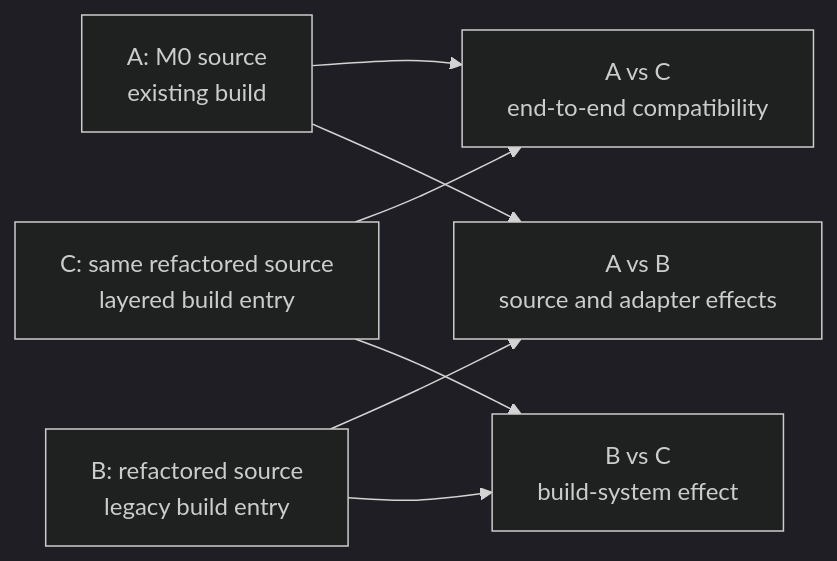
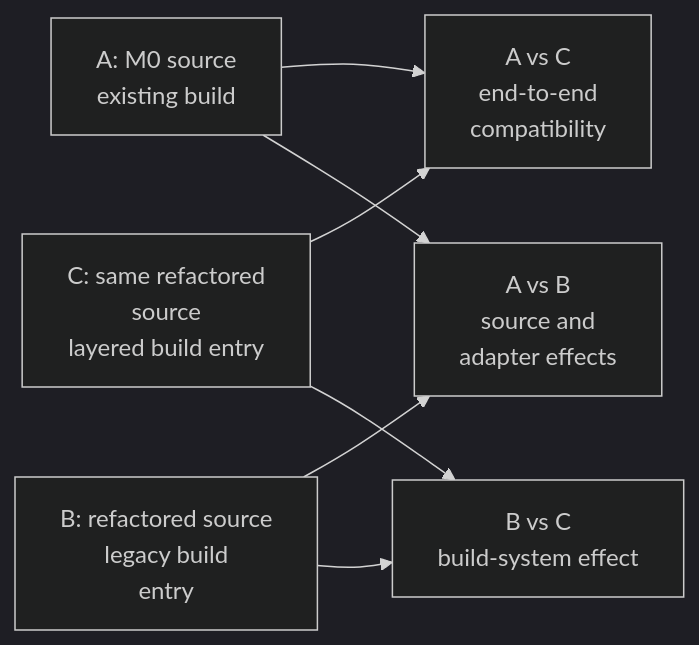
The fifth of 5 diagrams in doc/planning/2026-11-06-platform_agnostic_core/TECH_PLAN.md (irregularthanis/ggpo-next), drawn with Mermaid (dark theme) before and after one commit. The commit also changed other lines of this file and 9 other files, not shown here.

Commit message:
docs: wrap Mermaid diagram labels

````diff
--- a/doc/planning/2026-11-06-platform_agnostic_core/TECH_PLAN.md
+++ b/doc/planning/2026-11-06-platform_agnostic_core/TECH_PLAN.md
@@ -347,16 +347,16 @@
 ```mermaid
 flowchart LR
     A["A: M0 source<br/>existing build"]
-    B["B: refactored source<br/>legacy build entry"]
-    C["C: same refactored source<br/>layered build entry"]
-    Total["A vs C<br/>end-to-end compatibility"]
-    Source["A vs B<br/>source and adapter effects"]
+    B["B: refactored source<br/>legacy build<br/>entry"]
+    C["C: same refactored<br/>source<br/>layered build entry"]
+    Total["A vs C<br/>end-to-end<br/>compatibility"]
+    Source["A vs B<br/>source and<br/>adapter effects"]
     Build["B vs C<br/>build-system effect"]
 
     A --> Total
     C --> Total
     A --> Source
     B --> Source
     B --> Build
     C --> Build
 ```
````
